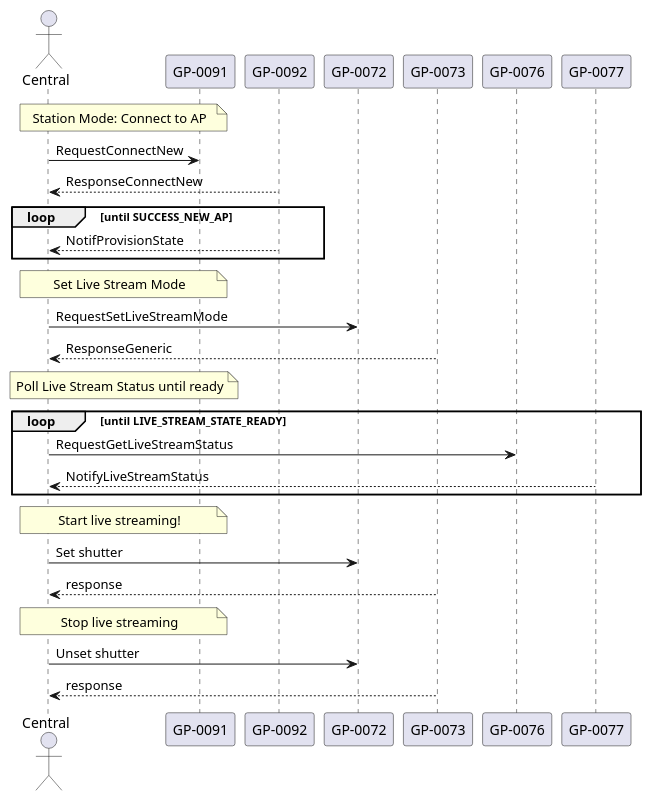
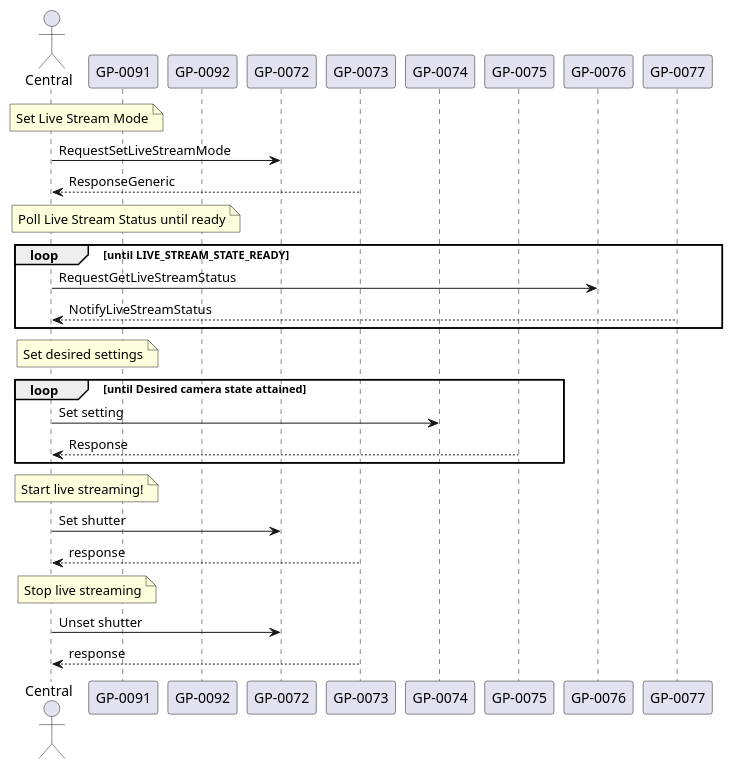
The seventh of 7 diagrams in docs/specs/ble_versions/ble_2_0.md (gopro/OpenGoPro), drawn with PlantUML before and after one commit. The commit also changed other lines of this file and 4 other files, not shown here.

````diff
--- a/docs/specs/ble_versions/ble_2_0.md
+++ b/docs/specs/ble_versions/ble_2_0.md
@@ -4460,39 +4477,40 @@
 ```plantuml!
 
 
 actor Central
 participant "GP-0091" as GP0091
 participant "GP-0092" as GP0092
 participant "GP-0072" as GP0072
 participant "GP-0073" as GP0073
+participant "GP-0074" as GP0074
+participant "GP-0075" as GP0075
 participant "GP-0076" as GP0076
 participant "GP-0077" as GP0077
-
-note over Central, GP0091: Station Mode: Connect to AP
-Central  -> GP0091  : RequestConnectNew
-Central <-- GP0092  : ResponseConnectNew
-loop until SUCCESS_NEW_AP
-    Central <-- GP0092  : NotifProvisionState
-end loop
 
 note over Central, GP0091: Set Live Stream Mode
 Central  -> GP0072 : RequestSetLiveStreamMode
 Central <-- GP0073 : ResponseGeneric
 
-note over Central, GP0091: Poll Live Stream Status until ready
+note over Central, GP0092: Poll Live Stream Status until ready
 loop until LIVE_STREAM_STATE_READY
 Central  -> GP0076 : RequestGetLiveStreamStatus
 Central <-- GP0077 : NotifyLiveStreamStatus
+end loop
+
+note over Central, GP0091 : Set desired settings
+loop until Desired camera state attained
+Central  -> GP0074 : Set setting
+Central <-- GP0075 : Response
 end loop
 
 note over Central, GP0091: Start live streaming!
 Central  -> GP0072 : Set shutter
 Central <-- GP0073 : response
 note over Central, GP0091: Stop live streaming
 Central  -> GP0072 : Unset shutter
 Central <-- GP0073 : response
 
 
 
 
 ```
````
